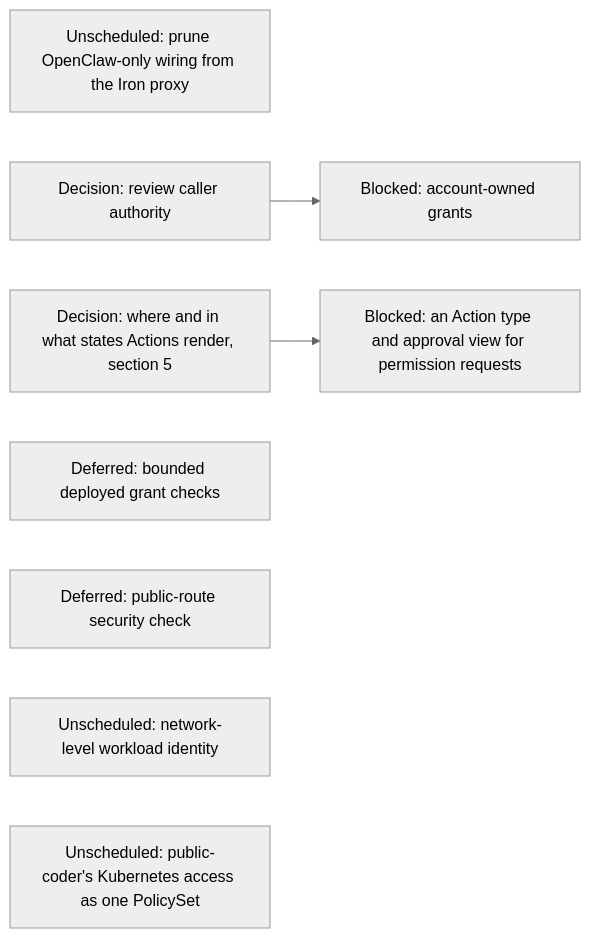
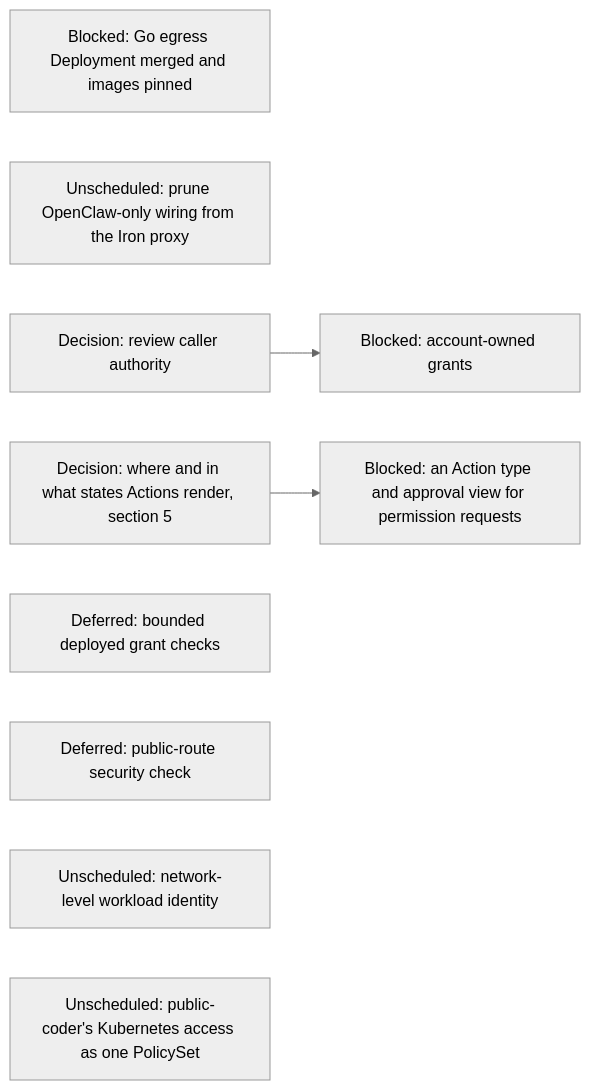
The ninth of 16 diagrams in agentplane/plans/task_dag.md (agentydragon/ducktape), drawn with Mermaid (neutral theme) before and after one commit. The commit also changed other lines of this file, not shown here.

First line of the commit message:
plans: keep a node for the Go egress rollout evidence

````diff
--- a/agentplane/plans/task_dag.md
+++ b/agentplane/plans/task_dag.md
@@ -1073,12 +1086,13 @@
 ```mermaid
 flowchart LR
+    EGRESS_GO_ROLLOUT[Blocked: Go egress Deployment merged and images pinned]
     PC_EGRESS[Unscheduled: prune OpenClaw-only wiring from the Iron proxy]
     CLAUDE_AI_SA[Decision: review caller authority] --> MANAGED_SA_RBAC[Blocked: account-owned grants]
     AGENT_PERMISSION_REQUESTS[Blocked: an Action type and approval view for permission requests]
     ACTION_SURFACES_DESIGN[Decision: where and in what states Actions render, section 5]
     ACTION_SURFACES_DESIGN --> AGENT_PERMISSION_REQUESTS
     SANDBOX_RBAC[Deferred: bounded deployed grant checks]
     NOTIFICATION_INGRESS_BOUNDARY[Deferred: public-route security check]
     NETWORK_WORKLOAD_IDENTITY[Unscheduled: network-level workload identity]
     PC_KUBERNETES_POLICY_SET[Unscheduled: public-coder's Kubernetes access as one PolicySet]
 ```
````
